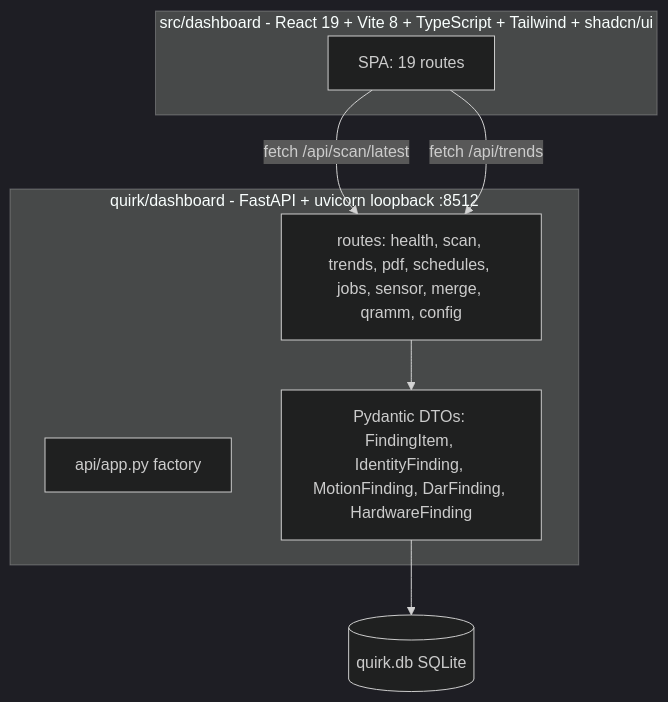
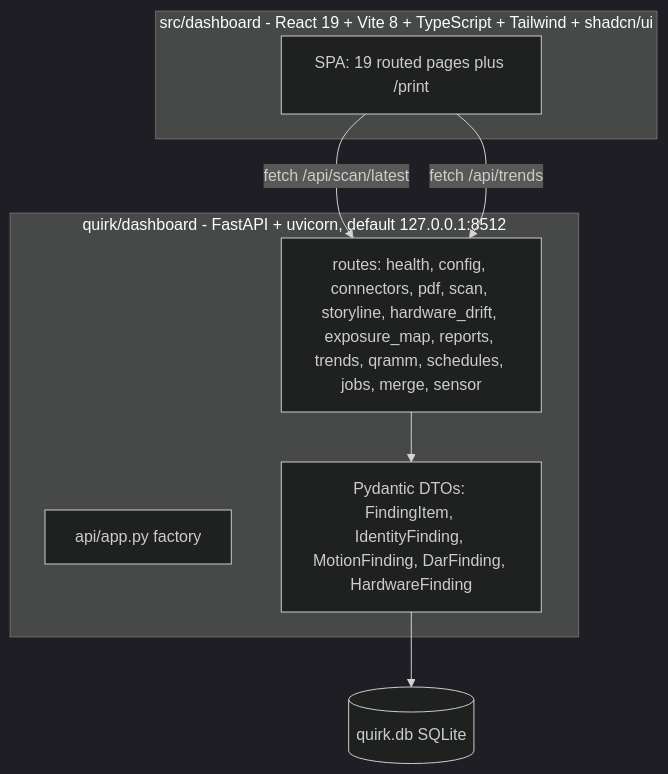
Before and after one commit to 0xD1g5/QU.I.R.K: the third of 3 diagrams in docs/architecture.md, drawn with Mermaid (dark theme). The commit also changed other lines of this file and 186 other files, not shown here.

````diff
--- a/docs/architecture.md
+++ b/docs/architecture.md
@@ -139,16 +144,16 @@
 ```mermaid
 flowchart TB
   subgraph Frontend [src/dashboard - React 19 + Vite 8 + TypeScript + Tailwind + shadcn/ui]
-    SPA[SPA: 19 routes]
+    SPA[SPA: 19 routed pages plus /print]
   end
-  subgraph Backend [quirk/dashboard - FastAPI + uvicorn loopback :8512]
+  subgraph Backend [quirk/dashboard - FastAPI + uvicorn, default 127.0.0.1:8512]
     App[api/app.py factory]
-    Routes[routes: health, scan, trends, pdf, schedules, jobs, sensor, merge, qramm, config]
+    Routes[routes: health, config, connectors, pdf, scan, storyline, hardware_drift, exposure_map, reports, trends, qramm, schedules, jobs, merge, sensor]
     DTO[Pydantic DTOs: FindingItem, IdentityFinding, MotionFinding, DarFinding, HardwareFinding]
   end
   DB[(quirk.db SQLite)]
   SPA -->|fetch /api/scan/latest| Routes
   SPA -->|fetch /api/trends| Routes
   Routes --> DTO
   DTO --> DB
 ```
````
